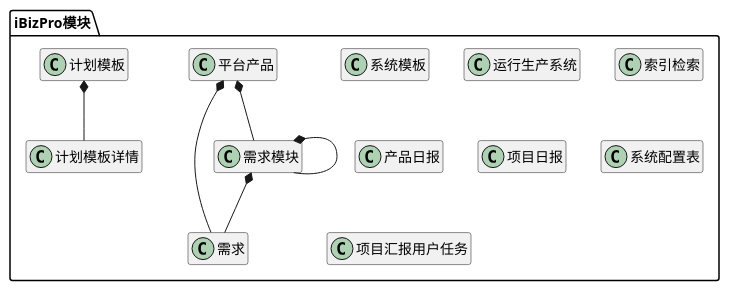
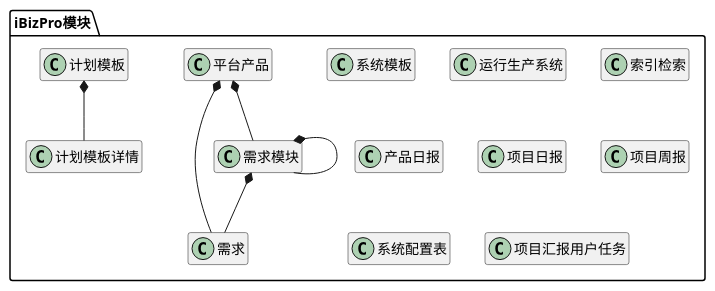
The third of 8 diagrams in ibizpms-docs/src/main/doc/v1/module/module_index.md (zj335841911/nt_chandao), drawn with PlantUML before and after one commit. The commit also changed 33 other files, not shown here.

```diff
--- a/ibizpms-docs/src/main/doc/v1/module/module_index.md
+++ b/ibizpms-docs/src/main/doc/v1/module/module_index.md
@@ -640,62 +640,65 @@
 {% plantuml %}
 
 package iBizPro模块 {
 
 class 平台产品 {
 }
 
 class 需求 {
 }
 
 class 需求模块 {
 }
 
 class 系统模板 {
 }
 
 class 运行生产系统 {
 }
 
 class 索引检索 {
 }
 
 class 产品日报 {
 }
 
 class 项目日报 {
+}
+
+class 项目周报 {
 }
 
 class 计划模板 {
 }
 
 class 计划模板详情 {
 }
 
 class 系统配置表 {
 }
 
 class 项目汇报用户任务 {
 }
 
 
 平台产品 *-- 需求模块 
 
 
 需求模块 *-- 需求模块 
 
 
 平台产品 *-- 需求 
 
 
 需求模块 *-- 需求 
 
 
 计划模板 *-- 计划模板详情 
 
 
 
 }
 
 hide members
 
 {% endplantuml %}
```
